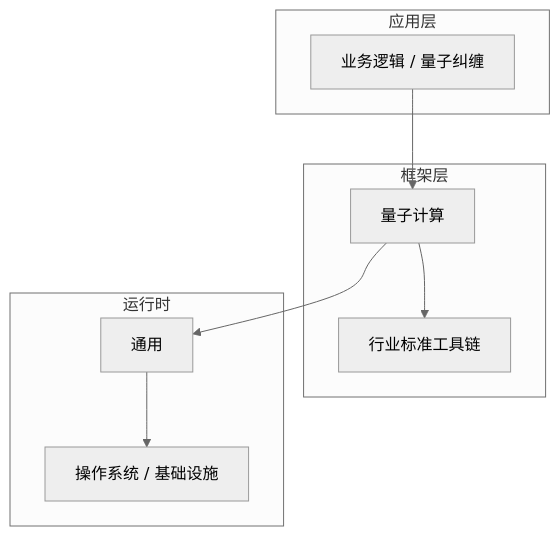
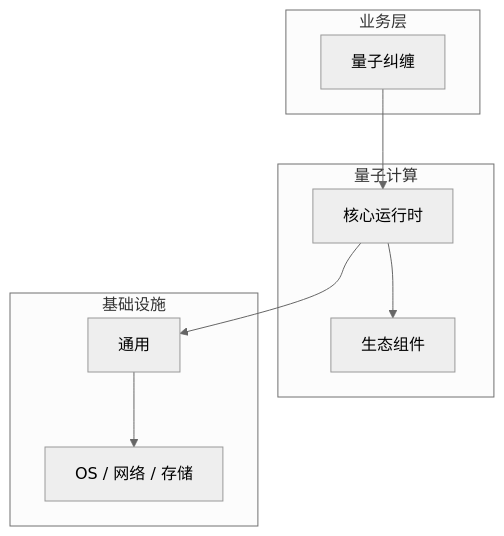
Before and after one commit to yanggan2015/knowledge-json-v2: the diagram in articles/量子计算/chapters/035-量子纠缠核心概念与原理.md, drawn with Mermaid (neutral theme). The commit also changed other lines of this file and 10127 other files, not shown here.

````diff
--- a/articles/量子计算/chapters/035-量子纠缠核心概念与原理.md
+++ b/articles/量子计算/chapters/035-量子纠缠核心概念与原理.md
@@ -45,18 +30,18 @@
 ```mermaid
 graph TB
-    subgraph 应用层
-        A[业务逻辑 / 量子纠缠]
+    subgraph 业务层
+        A[量子纠缠]
     end
-    subgraph 框架层
-        B[量子计算]
-        C[行业标准工具链]
+    subgraph 量子计算
+        B[核心运行时]
+        C[生态组件]
     end
-    subgraph 运行时
+    subgraph 基础设施
         D[通用]
-        E[操作系统 / 基础设施]
+        E[OS / 网络 / 存储]
     end
     A --> B
     B --> C
     B --> D
     D --> E
 ```
````
